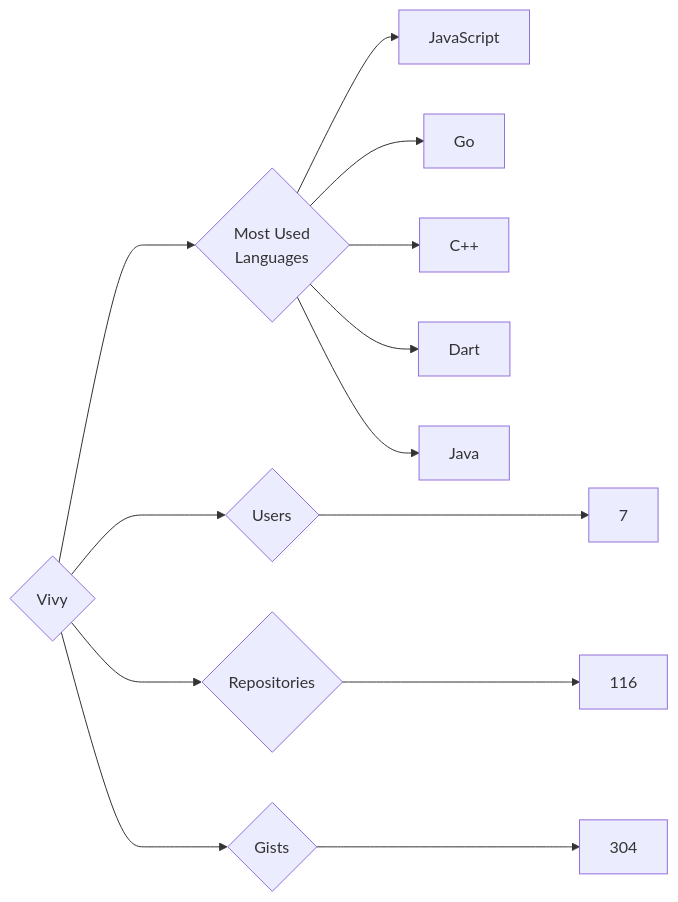
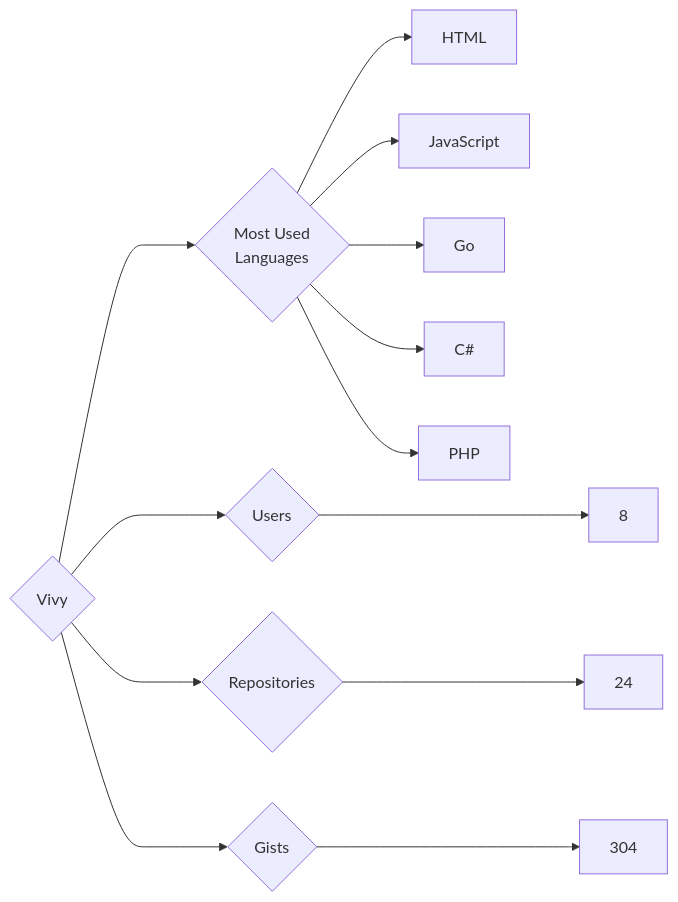
The diagram in targets/Vivy/README.md (trickest/insiders), drawn with Mermaid before and after one commit. The commit also changed 725 other files, not shown here.

````diff
--- a/targets/Vivy/README.md
+++ b/targets/Vivy/README.md
@@ -3,13 +3,13 @@
 ```mermaid
 graph LR
 COMPANY_NAME{Vivy}
-COMPANY_NAME ---> U{Users} ---> UN[7]
-COMPANY_NAME ---> R{Repositories} ---> RN[116]
+COMPANY_NAME ---> U{Users} ---> UN[8]
+COMPANY_NAME ---> R{Repositories} ---> RN[24]
 COMPANY_NAME ---> G{Gists} ---> GN[304]
 COMPANY_NAME ---> ML{Most Used<br>Languages}
+ML --> HTML[HTML]
 ML --> JavaScript[JavaScript]
 ML --> Go[Go]
-ML --> C++[C++]
-ML --> Dart[Dart]
-ML --> Java[Java]
+ML --> C#[C#]
+ML --> PHP[PHP]
 ```
````
